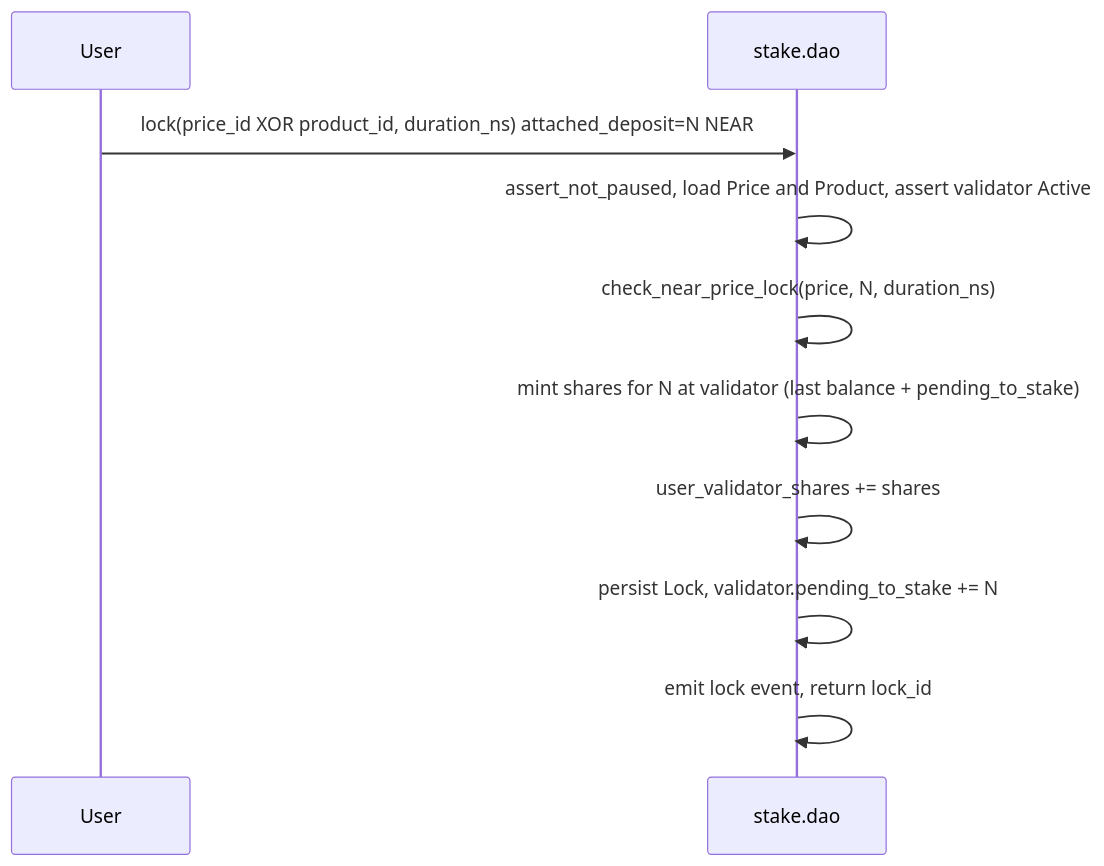
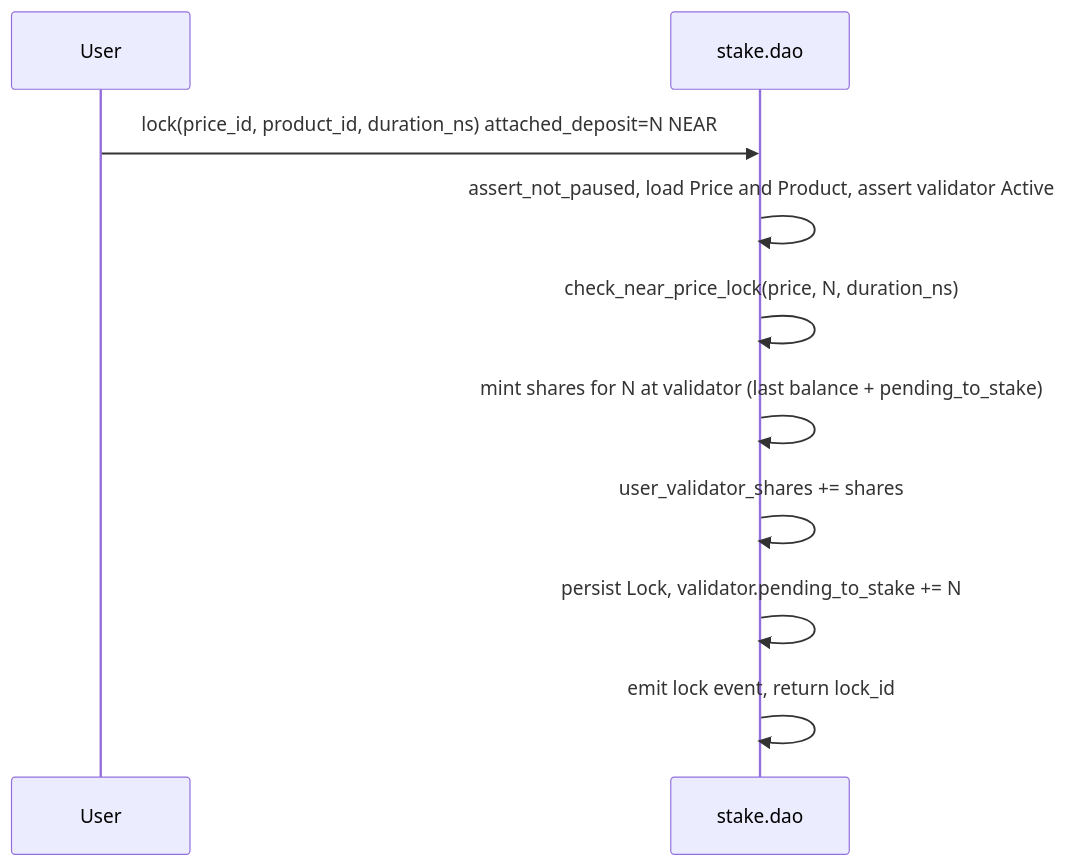
The second of 2 diagrams in staking-contract/docs/PLAN.md (nearai/house-of-stake-contracts), drawn with Mermaid before and after one commit. The commit also changed other lines of this file and 4 other files, not shown here.

````diff
--- a/staking-contract/docs/PLAN.md
+++ b/staking-contract/docs/PLAN.md
@@ -309,13 +309,13 @@
 ```mermaid
 sequenceDiagram
     participant User
     participant StakeDao as stake.dao
 
-    User->>StakeDao: lock(price_id XOR product_id, duration_ns) attached_deposit=N NEAR
+    User->>StakeDao: lock(price_id, product_id, duration_ns) attached_deposit=N NEAR
     StakeDao->>StakeDao: assert_not_paused, load Price and Product, assert validator Active
     StakeDao->>StakeDao: check_near_price_lock(price, N, duration_ns)
     StakeDao->>StakeDao: mint shares for N at validator (last balance + pending_to_stake)
     StakeDao->>StakeDao: user_validator_shares += shares
     StakeDao->>StakeDao: persist Lock, validator.pending_to_stake += N
     StakeDao->>StakeDao: emit lock event, return lock_id
 ```
````
